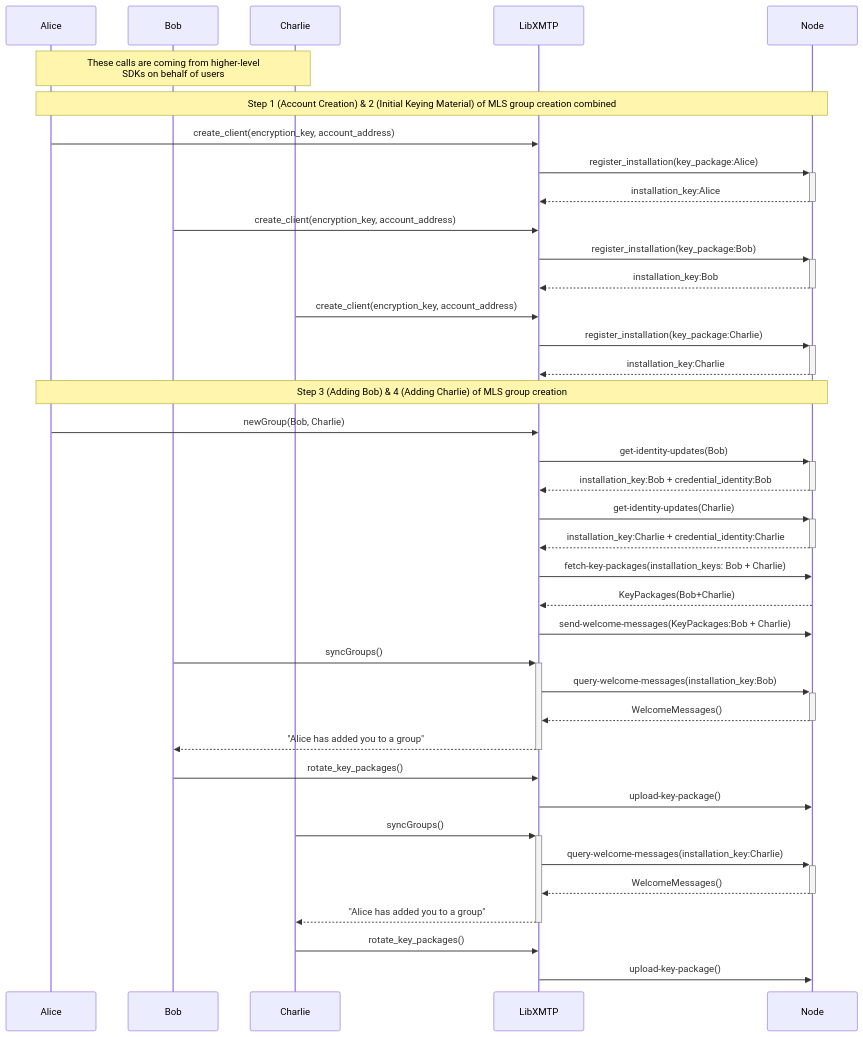
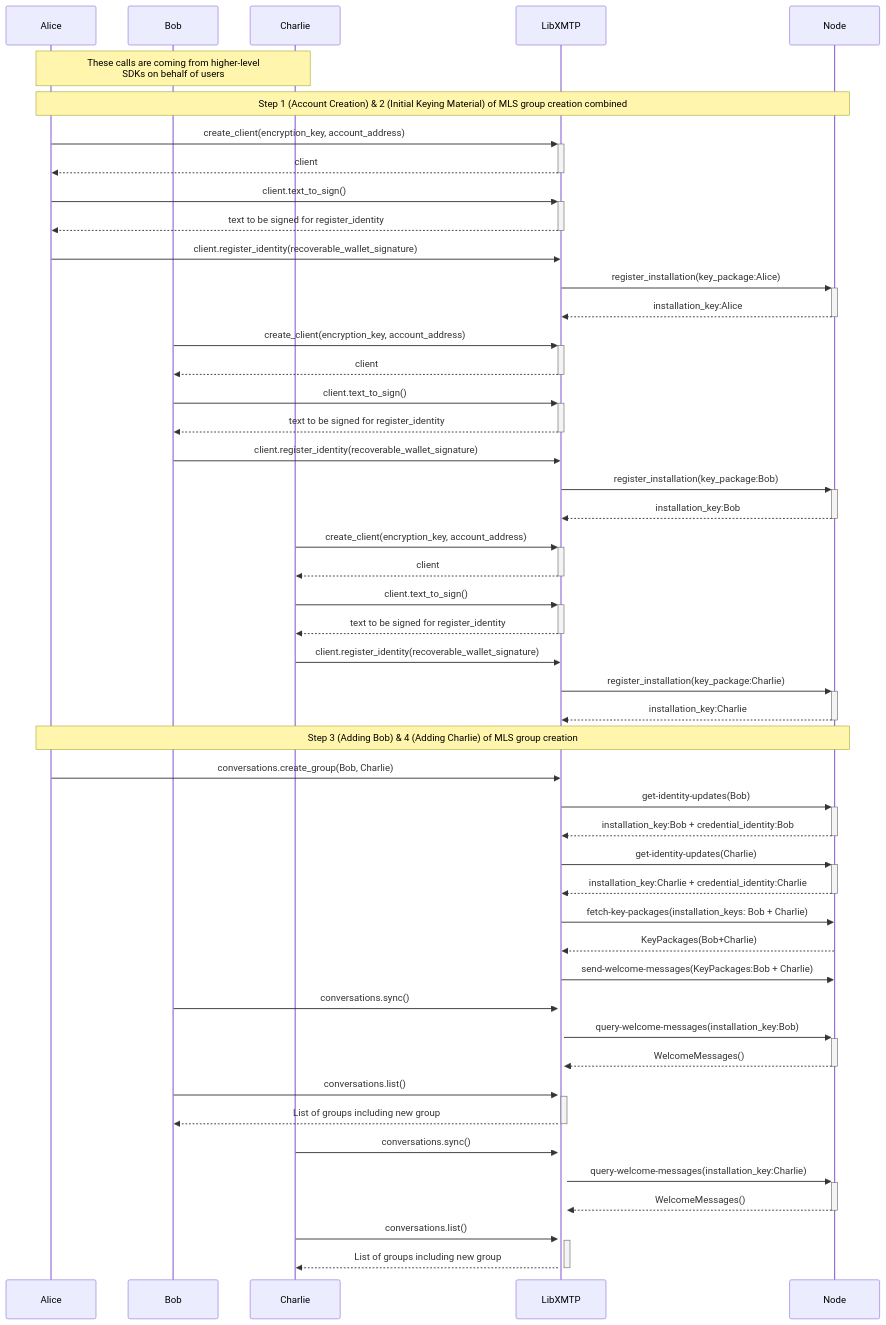
Before and after one commit to xmtp/libxmtp: the diagram in diagrams/form-group.mermaid, drawn with Mermaid. The commit also changed 5 other files, not shown here.

```diff
--- a/diagrams/form-group.mermaid
+++ b/diagrams/form-group.mermaid
@@ -1,40 +1,50 @@
 sequenceDiagram
     participant Alice
     participant Bob
     participant Charlie
     participant LibXMTP
     participant Node
 
     Note over Alice,Charlie: These calls are coming from higher-level<br/> SDKs on behalf of users
     Note over Alice,Node: Step 1 (Account Creation) & 2 (Initial Keying Material) of MLS group creation combined
-    Alice->>LibXMTP: create_client(encryption_key, account_address)
+    Alice->>+LibXMTP: create_client(encryption_key, account_address)
+    LibXMTP-->>-Alice: client
+    Alice->>+LibXMTP: client.text_to_sign()
+    LibXMTP-->>-Alice: text to be signed for register_identity
+    Alice->>LibXMTP: client.register_identity(recoverable_wallet_signature)
     LibXMTP->>+Node: register_installation(key_package:Alice)
     Node-->>-LibXMTP: installation_key:Alice
-    Bob->>LibXMTP: create_client(encryption_key, account_address)
+    Bob->>+LibXMTP: create_client(encryption_key, account_address)
+    LibXMTP-->>-Bob: client
+    Bob->>+LibXMTP: client.text_to_sign()
+    LibXMTP-->>-Bob: text to be signed for register_identity
+    Bob->>LibXMTP: client.register_identity(recoverable_wallet_signature)    
     LibXMTP->>+Node: register_installation(key_package:Bob)
     Node-->>-LibXMTP: installation_key:Bob
-    Charlie->>LibXMTP: create_client(encryption_key, account_address)
+    Charlie->>+LibXMTP: create_client(encryption_key, account_address)
+    LibXMTP-->>-Charlie: client
+    Charlie->>+LibXMTP: client.text_to_sign()
+    LibXMTP-->>-Charlie: text to be signed for register_identity
+    Charlie->>LibXMTP: client.register_identity(recoverable_wallet_signature)  
     LibXMTP->>+Node: register_installation(key_package:Charlie)
     Node-->>-LibXMTP: installation_key:Charlie 
 
     Note over Alice,Node: Step 3 (Adding Bob) & 4 (Adding Charlie) of MLS group creation
-    Alice->>LibXMTP: newGroup(Bob, Charlie)
+    Alice->>LibXMTP: conversations.create_group(Bob, Charlie)
     LibXMTP->>+Node: get-identity-updates(Bob)
     Node-->>-LibXMTP: installation_key:Bob + credential_identity:Bob
     LibXMTP->>+Node: get-identity-updates(Charlie)
     Node-->>-LibXMTP: installation_key:Charlie + credential_identity:Charlie   
     LibXMTP->>Node: fetch-key-packages(installation_keys: Bob + Charlie)
     Node-->>LibXMTP: KeyPackages(Bob+Charlie) 
     LibXMTP->>Node: send-welcome-messages(KeyPackages:Bob + Charlie)
-    Bob->>+LibXMTP: syncGroups()
+    Bob->>+LibXMTP: conversations.sync()
     LibXMTP->>+Node: query-welcome-messages(installation_key:Bob)
     Node-->>-LibXMTP: WelcomeMessages()
-    LibXMTP-->>-Bob: "Alice has added you to a group"   
-    Bob->>LibXMTP: rotate_key_packages()
-    LibXMTP->>Node: upload-key-package()
-    Charlie->>+LibXMTP: syncGroups()
+    Bob->>+LibXMTP: conversations.list()
+    LibXMTP-->>-Bob: List of groups including new group  
+    Charlie->>+LibXMTP: conversations.sync()
     LibXMTP->>+Node: query-welcome-messages(installation_key:Charlie)
     Node-->>-LibXMTP: WelcomeMessages()
-    LibXMTP-->>-Charlie: "Alice has added you to a group"   
-    Charlie->>LibXMTP: rotate_key_packages()
-    LibXMTP->>Node: upload-key-package() 
+    Charlie->>+LibXMTP: conversations.list()
+    LibXMTP-->>-Charlie: List of groups including new group  
```
